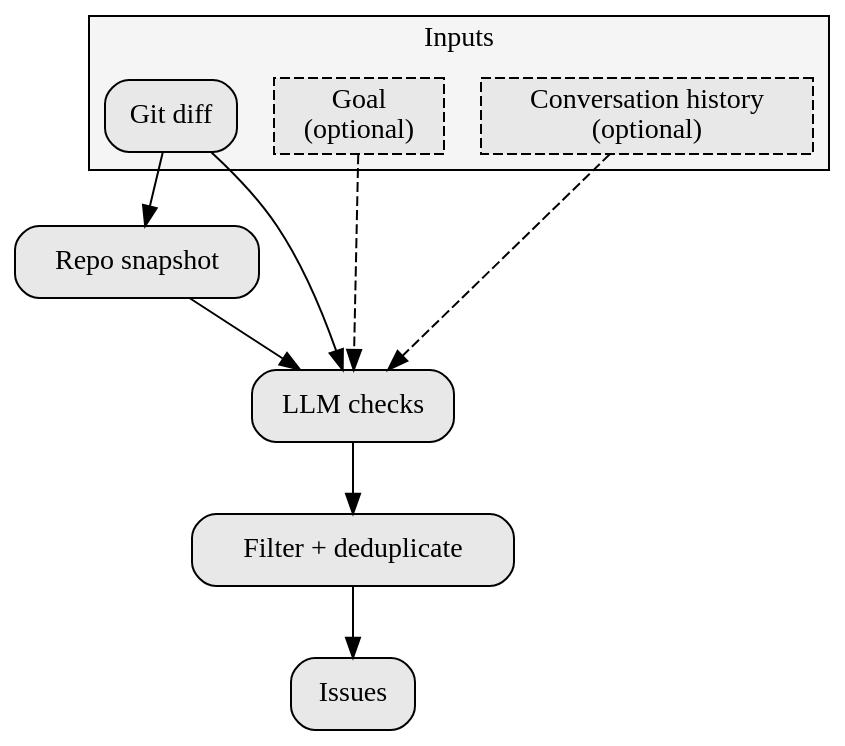
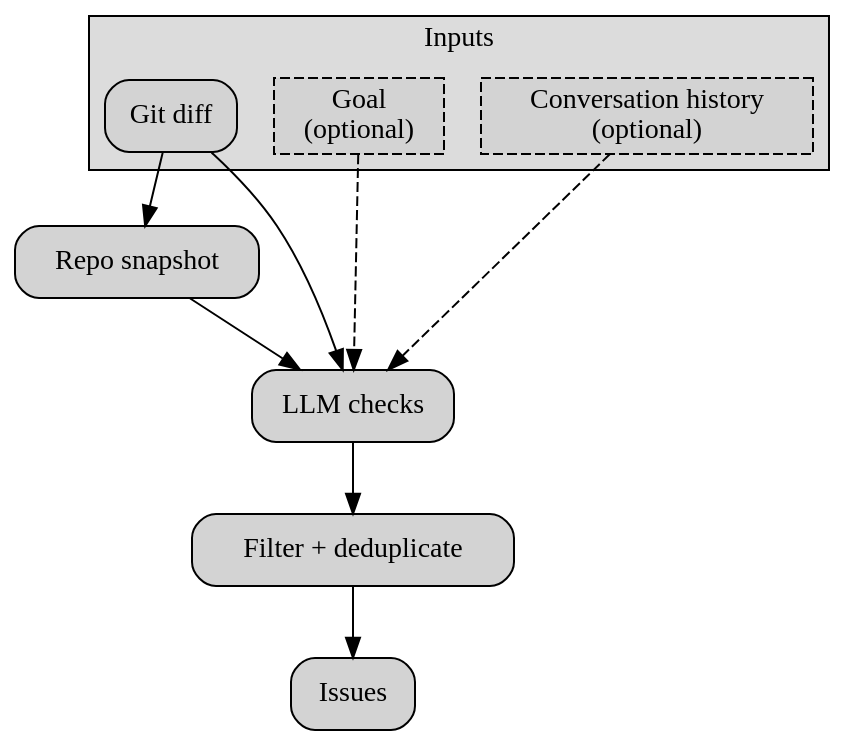
Before and after one commit to imbue-ai/vet: the diagram in architecture.dot, drawn with Graphviz. The commit also changed 1 other file, not shown here.

```diff
--- a/architecture.dot
+++ b/architecture.dot
@@ -1,31 +1,31 @@
 digraph VET_DataFlow {
     rankdir=TB;
     bgcolor="transparent";
-    node [shape=box, style="filled,rounded", fillcolor="#e8e8e8", fontcolor="black", color="black"];
+    node [shape=box, style="filled,rounded",     fillcolor="lightgray", fontcolor="black", color="black"];
     edge [color="black"];
 
     subgraph cluster_inputs {
         label="Inputs";
         fontcolor="black";
         color="black";
         style="filled";
-        fillcolor="#f5f5f5";
+        fillcolor="gainsboro";
         diff [label="Git diff"];
-        goal [label="Goal\n(optional)", style="filled,dashed", fillcolor="#e8e8e8"];
-        history [label="Conversation history\n(optional)", style="filled,dashed", fillcolor="#e8e8e8"];
+        goal [label="Goal\n(optional)", style="filled,dashed", fillcolor="lightgray"];
+        history [label="Conversation history\n(optional)", style="filled,dashed", fillcolor="lightgray"];
     }
 
     context [label="Repo snapshot"];
     checks [label="LLM checks"];
     post [label="Filter + deduplicate"];
     issues [label="Issues"];
 
     diff -> context;
     diff -> checks;
     goal -> checks [style=dashed];
     history -> checks [style=dashed];
     context -> checks;
 
     checks -> post;
     post -> issues;
 }
```
